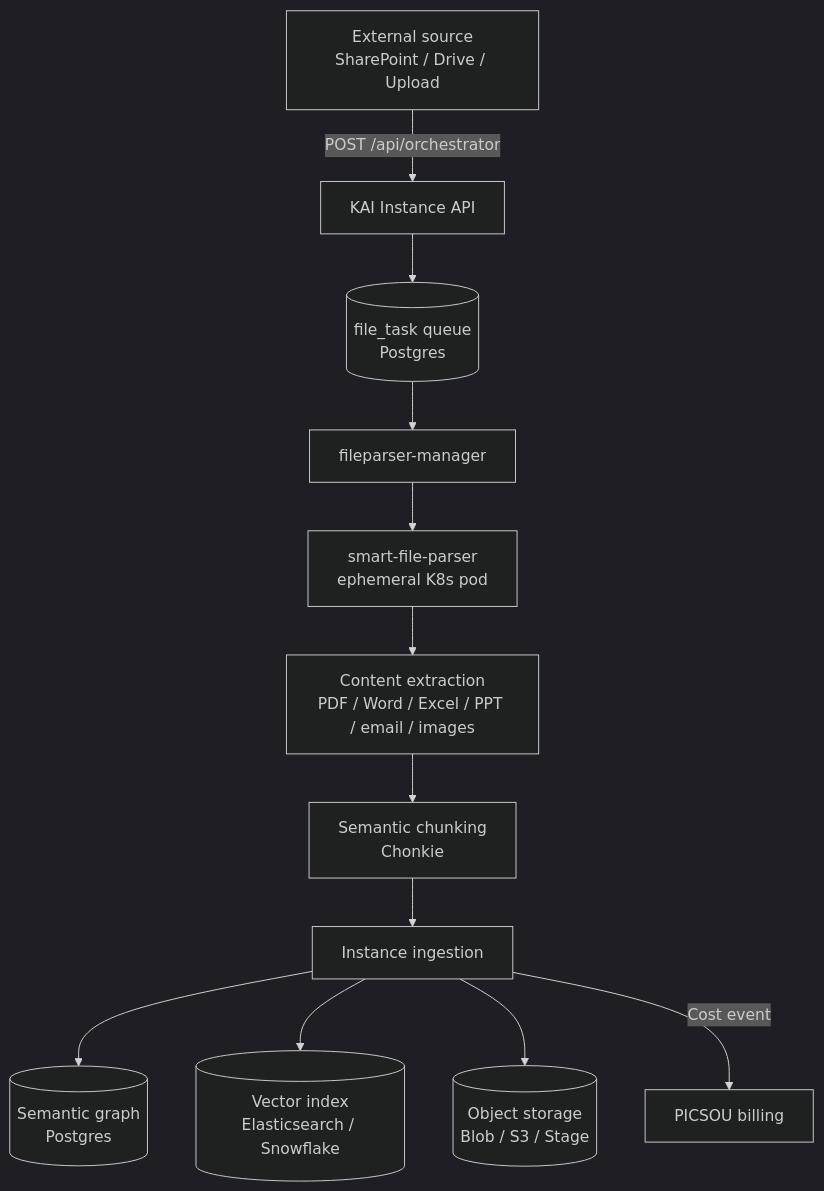
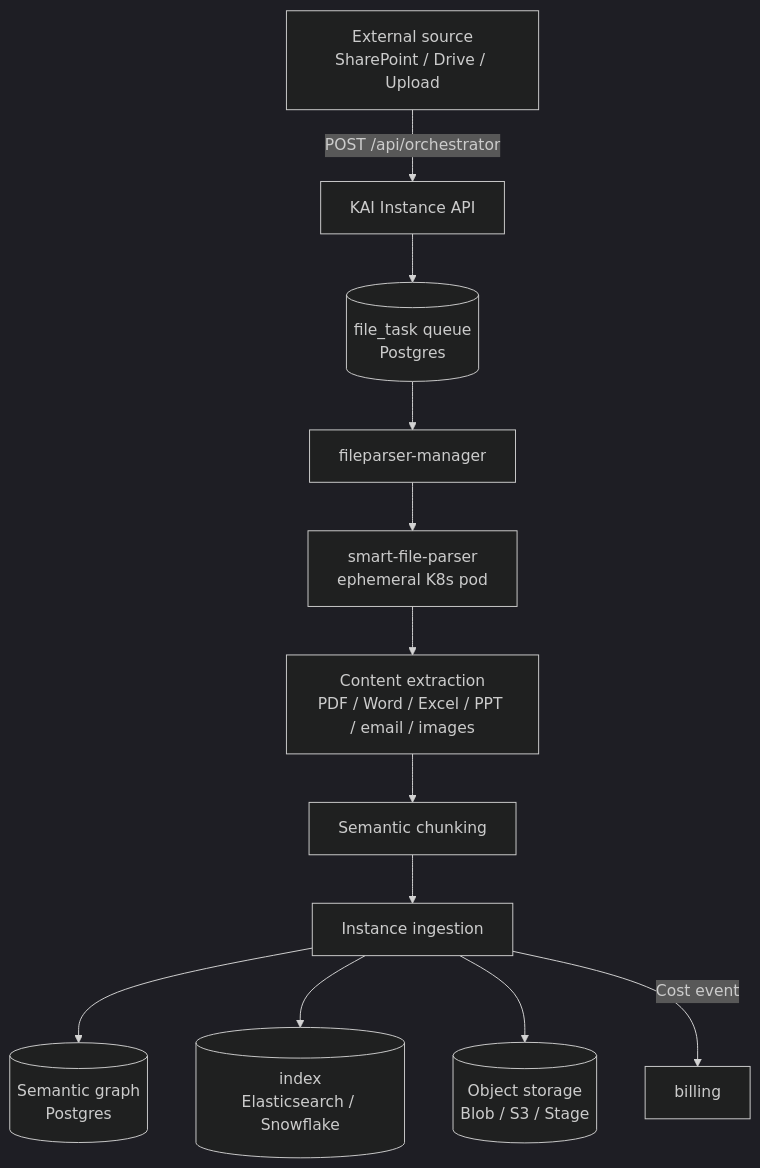
One commit to nchevalet-KAI/KAI-documentation changed the second of 4 diagrams in discover-kai/architecture.md. Above: the diagram before and after it, drawn with Mermaid (dark theme). The commit also changed other lines of this file, not shown here.

Commit message:
GITBOOK-101: No subject

````diff
--- a/discover-kai/architecture.md
+++ b/discover-kai/architecture.md
@@ -102,14 +102,14 @@
 ```mermaid
 flowchart TB
     src["External source<br/>SharePoint / Drive / Upload"] -->|"POST /api/orchestrator"| instance["KAI Instance API"]
     instance --> queue[("file_task queue<br/>Postgres")]
     queue --> fpm["fileparser-manager"]
     fpm --> sfp["smart-file-parser<br/>ephemeral K8s pod"]
     sfp --> extract["Content extraction<br/>PDF / Word / Excel / PPT / email / images"]
-    extract --> chunk["Semantic chunking<br/>Chonkie"]
+    extract --> chunk["Semantic chunking"]
     chunk --> ingest["Instance ingestion"]
     ingest --> semgraph[("Semantic graph<br/>Postgres")]
-    ingest --> vectors[("Vector index<br/>Elasticsearch / Snowflake")]
+    ingest --> vectors[("index<br/>Elasticsearch / Snowflake")]
     ingest --> storage[("Object storage<br/>Blob / S3 / Stage")]
-    ingest -->|"Cost event"| picsou["PICSOU billing"]
+    ingest -->|"Cost event"| picsou["billing"]
 ```
````
